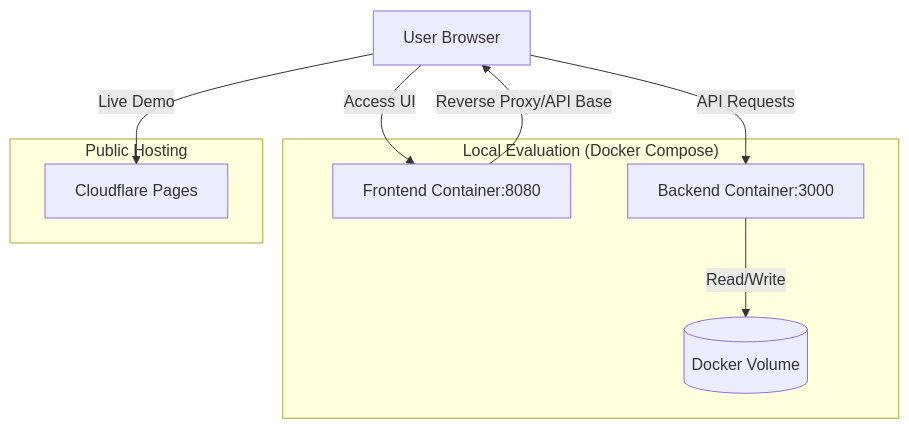
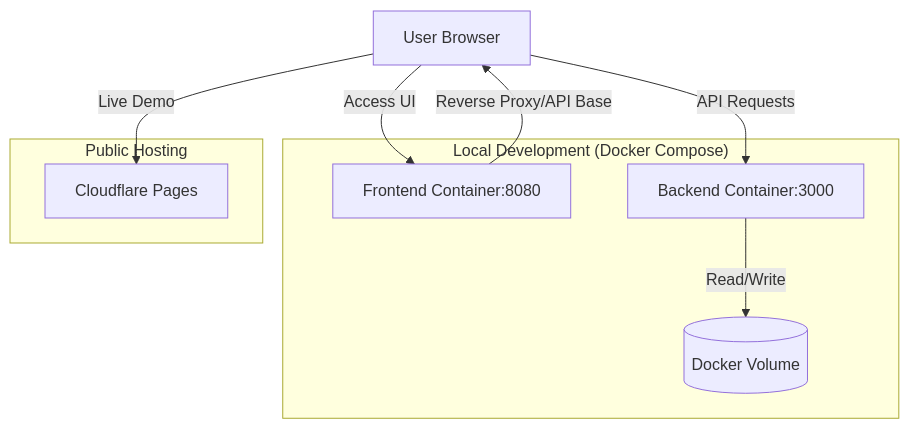
Before and after one commit to OmarIUBH/software-engineering-project: the third of 3 diagrams in docs/ARCHITECTURE.md, drawn with Mermaid. The commit also changed other lines of this file and 6 other files, not shown here.

````diff
--- a/docs/ARCHITECTURE.md
+++ b/docs/ARCHITECTURE.md
@@ -71,20 +71,20 @@
 ```mermaid
 graph TD
     UserDevice[User Browser]
     
-    subgraph "Local Evaluation (Docker Compose)"
+    subgraph "Local Development (Docker Compose)"
         NGINX[Frontend Container:8080]
         Express[Backend Container:3000]
         DataVol[(Docker Volume)]
     end
 
     subgraph "Public Hosting"
         CF[Cloudflare Pages]
     end
 
     UserDevice -->|Access UI| NGINX
     UserDevice -->|Live Demo| CF
     NGINX -->|Reverse Proxy/API Base| UserDevice
     UserDevice -->|API Requests| Express
     Express -->|Read/Write| DataVol
 ```
````
